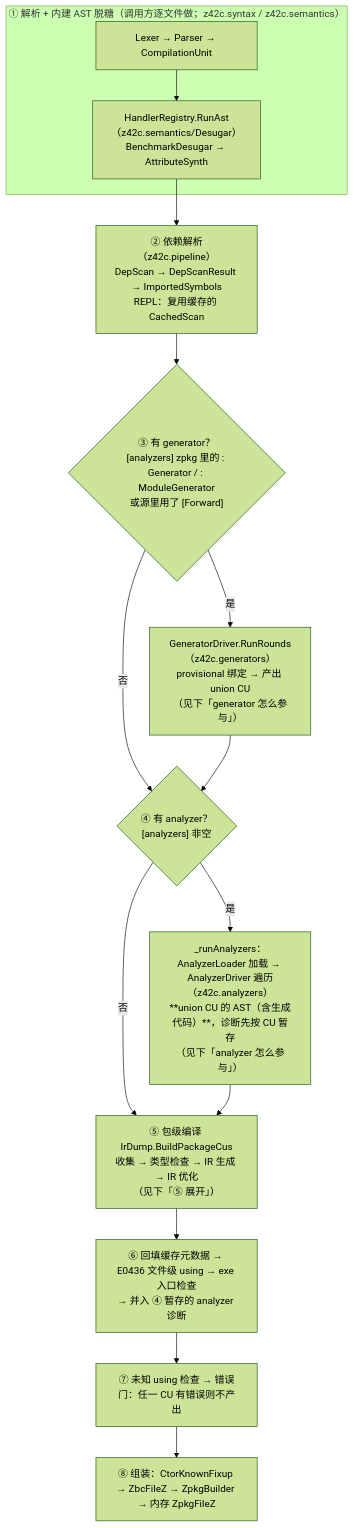
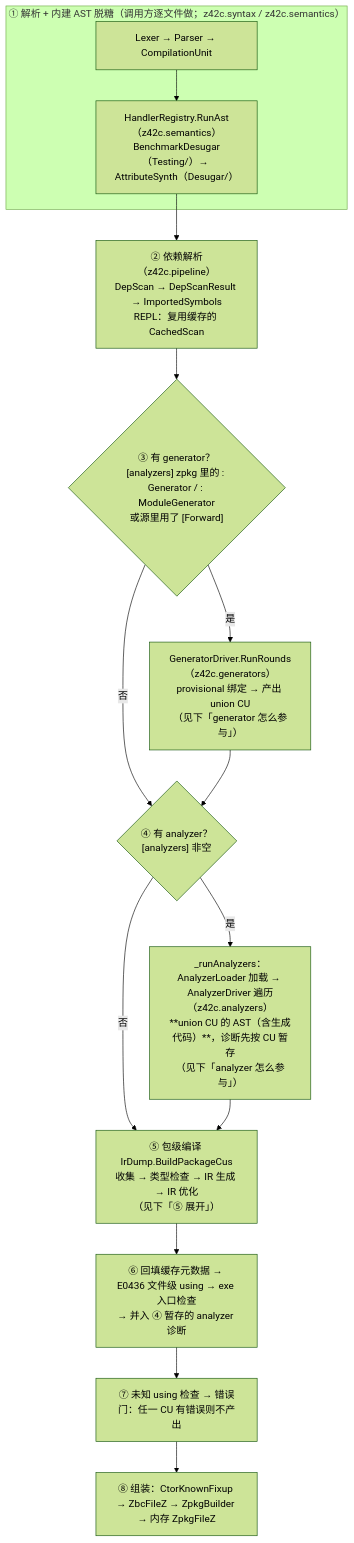
Before and after one commit to z42-lang/z42: the second of 4 diagrams in docs/internals/src/compiler/source-compile.md, drawn with Mermaid (forest theme). The commit also changed other lines of this file and 14 other files, not shown here.

First line of the commit message:
refactor(z42c): 编译侧 test/bench 归入各包 Testing/；测试 attribute 校验抽成 TestAttrEnforcer

````diff
--- a/docs/internals/src/compiler/source-compile.md
+++ b/docs/internals/src/compiler/source-compile.md
@@ -25,19 +25,19 @@
 ```mermaid
 flowchart TD
   subgraph S0["① 解析 + 内建 AST 脱糖（调用方逐文件做；z42c.syntax / z42c.semantics）"]
-    P0[Lexer → Parser → CompilationUnit] --> RA["HandlerRegistry.RunAst（z42c.semantics/Desugar）<br/>BenchmarkDesugar → AttributeSynth"]
+    P0[Lexer → Parser → CompilationUnit] --> RA["HandlerRegistry.RunAst（z42c.semantics）<br/>BenchmarkDesugar（Testing/）→ AttributeSynth（Desugar/）"]
   end
   RA --> DEP["② 依赖解析（z42c.pipeline）<br/>DepScan → DepScanResult → ImportedSymbols<br/>REPL：复用缓存的 CachedScan"]
   DEP --> GATE{"③ 有 generator？<br/>[analyzers] zpkg 里的 : Generator / : ModuleGenerator<br/>或源里用了 [Forward]"}
   GATE -->|否| AGATE
   GATE -->|是| GEN["GeneratorDriver.RunRounds（z42c.generators）<br/>provisional 绑定 → 产出 union CU<br/>（见下「generator 怎么参与」）"]
   GEN --> AGATE
   AGATE{"④ 有 analyzer？<br/>[analyzers] 非空"}
   AGATE -->|否| BIND
   AGATE -->|是| AN["_runAnalyzers：AnalyzerLoader 加载 → AnalyzerDriver 遍历（z42c.analyzers）<br/>**union CU 的 AST（含生成代码）**，诊断先按 CU 暂存<br/>（见下「analyzer 怎么参与」）"]
   AN --> BIND
   BIND["⑤ 包级编译 IrDump.BuildPackageCus<br/>收集 → 类型检查 → IR 生成 → IR 优化<br/>（见下「⑤ 展开」）"]
   BIND --> POST["⑥ 回填缓存元数据 → E0436 文件级 using → exe 入口检查<br/>→ 并入 ④ 暂存的 analyzer 诊断"]
   POST --> TAIL["⑦ 未知 using 检查 → 错误门：任一 CU 有错误则不产出"]
   TAIL --> ASM["⑧ 组装：CtorKnownFixup → ZbcFileZ → ZpkgBuilder → 内存 ZpkgFileZ"]
 ```
````
